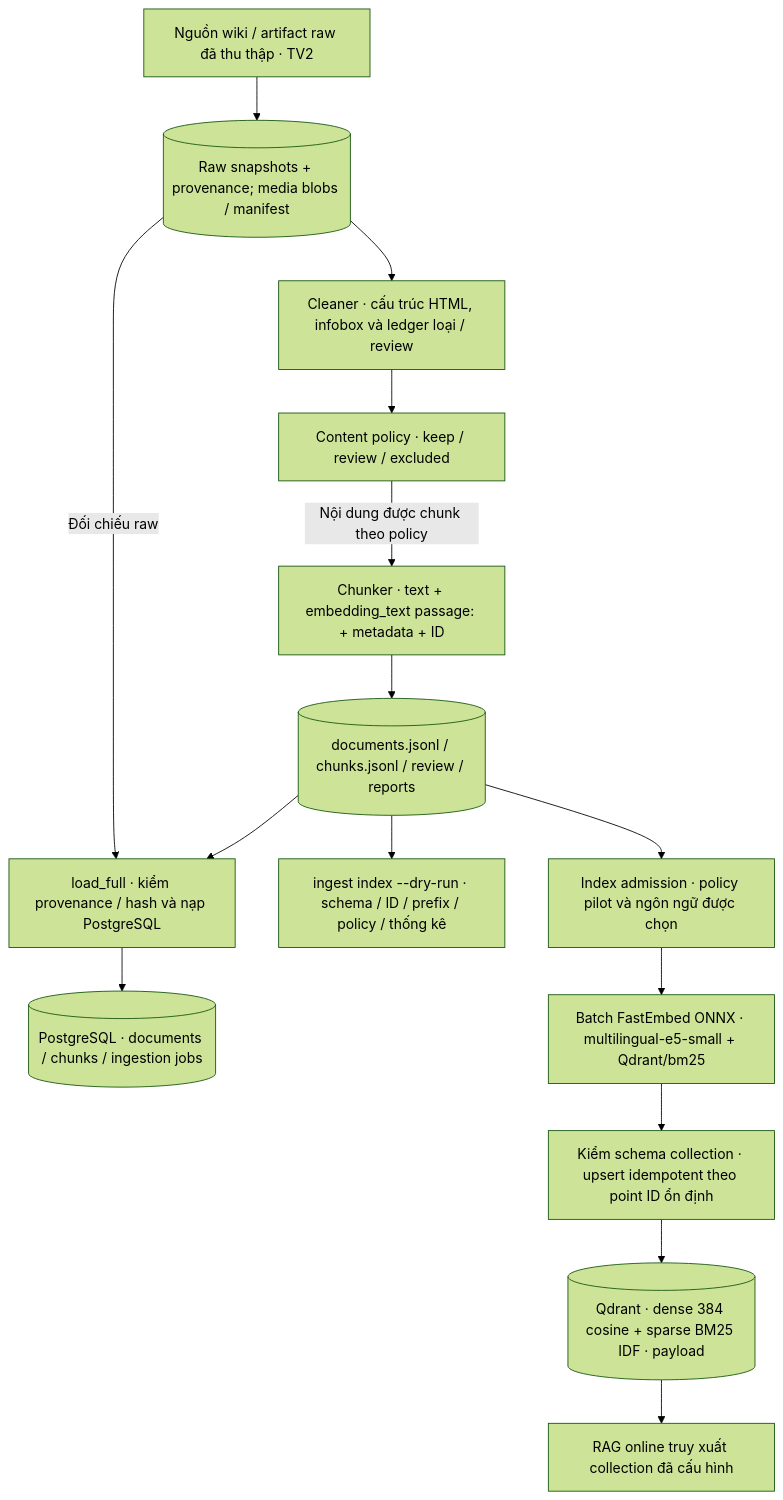
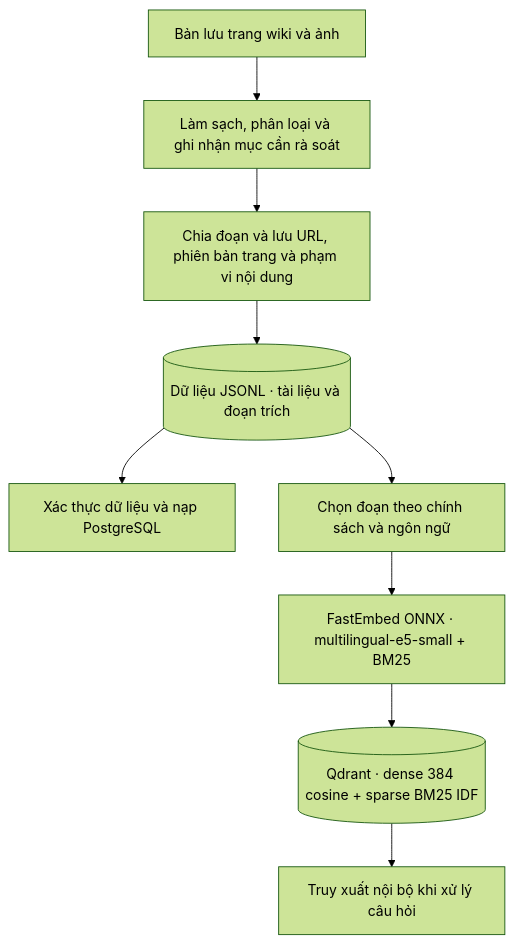
The fourth of 4 diagrams in docs/indexbeast-system-pipeline.md (HoanBuCon/Index-Beast), drawn with Mermaid (forest theme) before and after one commit. The commit also changed other lines of this file, not shown here.

Commit message:
refactor: Update documentation structure and content for IndexBeast system pipeline

````diff
--- a/docs/indexbeast-system-pipeline.md
+++ b/docs/indexbeast-system-pipeline.md
@@ -250,32 +116,11 @@
 ```mermaid
 graph TD
-    SOURCE["Nguồn wiki / artifact raw đã thu thập · TV2"]
-    RAW[("Raw snapshots + provenance; media blobs / manifest")]
-    CLEAN["Cleaner · cấu trúc HTML, infobox và ledger loại / review"]
-    POLICY["Content policy · keep / review / excluded"]
-    CHUNK["Chunker · text + embedding_text passage: + metadata + ID"]
-    ARTIFACT[("documents.jsonl / chunks.jsonl / review / reports")]
-    PGLOAD["load_full · kiểm provenance / hash và nạp PostgreSQL"]
-    PG[("PostgreSQL · documents / chunks / ingestion jobs")]
-    DRY["ingest index --dry-run · schema / ID / prefix / policy / thống kê"]
-    ADMIT["Index admission · policy pilot và ngôn ngữ được chọn"]
-    EMBED["Batch FastEmbed ONNX · multilingual-e5-small + Qdrant/bm25"]
-    UPSERT["Kiểm schema collection · upsert idempotent theo point ID ổn định"]
-    VECTOR[("Qdrant · dense 384 cosine + sparse BM25 IDF · payload")]
-    ONLINE["RAG online truy xuất collection đã cấu hình"]
-
-    SOURCE --> RAW
-    RAW --> CLEAN
-    CLEAN --> POLICY
-    POLICY -->|"Nội dung được chunk theo policy"| CHUNK
-    CHUNK --> ARTIFACT
-    ARTIFACT --> PGLOAD
-    RAW -->|"Đối chiếu raw"| PGLOAD
-    PGLOAD --> PG
-    ARTIFACT --> DRY
-    ARTIFACT --> ADMIT
-    ADMIT --> EMBED
-    EMBED --> UPSERT
-    UPSERT --> VECTOR
-    VECTOR --> ONLINE
+    RAW["Bản lưu trang wiki và ảnh"] --> CLEAN["Làm sạch, phân loại và ghi nhận mục cần rà soát"]
+    CLEAN --> CHUNK["Chia đoạn và lưu URL, phiên bản trang và phạm vi nội dung"]
+    CHUNK --> FILE[("Dữ liệu JSONL · tài liệu và đoạn trích")]
+    FILE --> SQL["Xác thực dữ liệu và nạp PostgreSQL"]
+    FILE --> IDX["Chọn đoạn theo chính sách và ngôn ngữ"]
+    IDX --> EMB["FastEmbed ONNX · multilingual-e5-small + BM25"]
+    EMB --> QD[("Qdrant · dense 384 cosine + sparse BM25 IDF")]
+    QD --> SERVE["Truy xuất nội bộ khi xử lý câu hỏi"]
 ```
````
